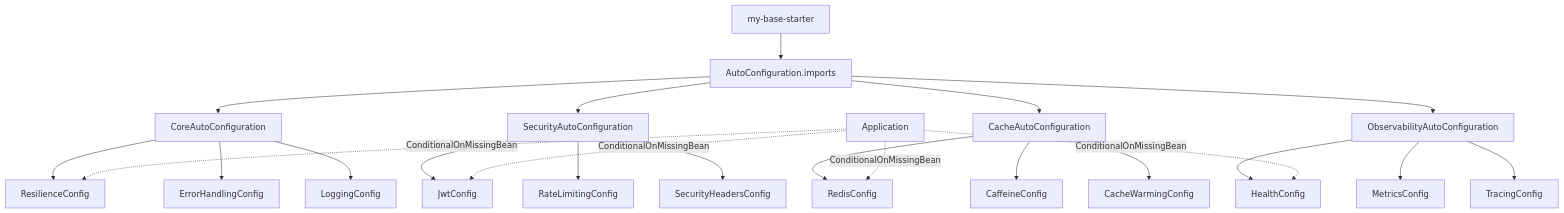
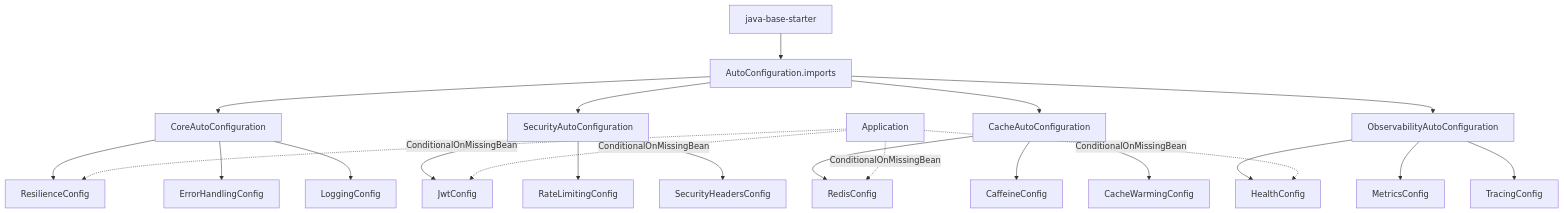
The diagram in plan/plan-my-base-starter.md (tmshoangnam/code-base-java), drawn with Mermaid before and after one commit. The commit also changed other lines of this file and 114 other files, not shown here.

````diff
--- a/plan/plan-my-base-starter.md
+++ b/plan/plan-my-base-starter.md
@@ -23,29 +23,29 @@
 ```mermaid
 graph TB
-  A[my-base-starter] --> B[AutoConfiguration.imports]
+  A[java-base-starter] --> B[AutoConfiguration.imports]
   B --> C[CoreAutoConfiguration]
   B --> D[SecurityAutoConfiguration]
   B --> E[CacheAutoConfiguration]
   B --> F[ObservabilityAutoConfiguration]
   
   C --> C1[ResilienceConfig]
   C --> C2[ErrorHandlingConfig]
   C --> C3[LoggingConfig]
   
   D --> D1[JwtConfig]
   D --> D2[RateLimitingConfig]
   D --> D3[SecurityHeadersConfig]
   
   E --> E1[RedisConfig]
   E --> E2[CaffeineConfig]
   E --> E3[CacheWarmingConfig]
   
   F --> F1[HealthConfig]
   F --> F2[MetricsConfig]
   F --> F3[TracingConfig]
   
   G[Application] -.->|ConditionalOnMissingBean| C1
   G -.->|ConditionalOnMissingBean| D1
   G -.->|ConditionalOnMissingBean| E1
   G -.->|ConditionalOnMissingBean| F1
 ```
````
